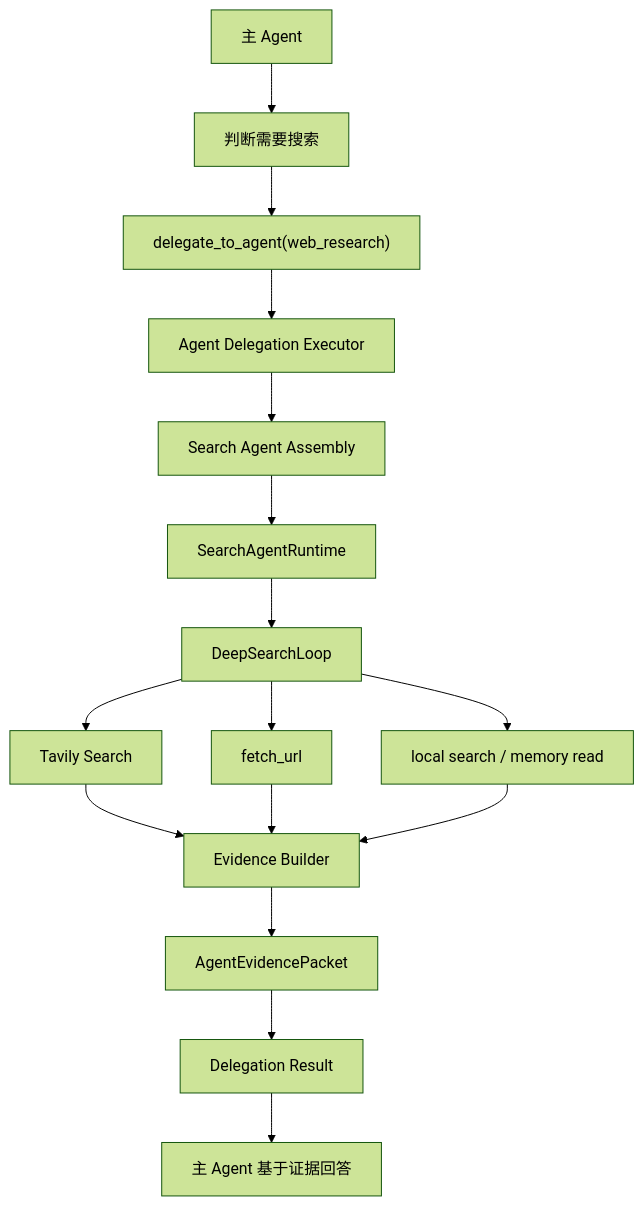
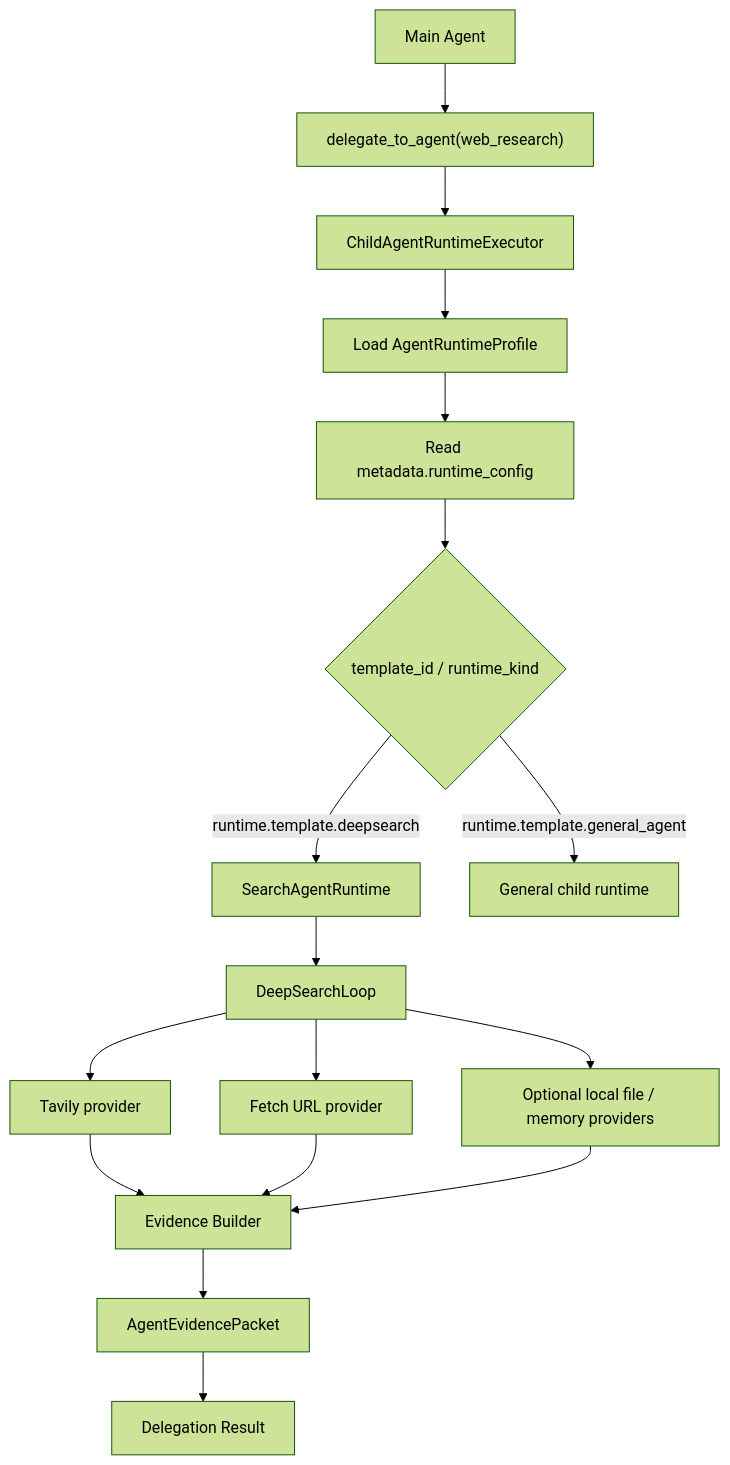
One commit to wei-boundless/Mythical-Age changed the diagram in docs/implementation_plans/search_agent_assembly_deepsearch_design_20260524.md. Above: the diagram before and after it, drawn with Mermaid (forest theme). The commit also changed other lines of this file and 36 other files, not shown here.

````diff
--- a/docs/implementation_plans/search_agent_assembly_deepsearch_design_20260524.md
+++ b/docs/implementation_plans/search_agent_assembly_deepsearch_design_20260524.md
@@ -123,18 +207,19 @@
 ```mermaid
 flowchart TD
-    A["主 Agent"] --> B["判断需要搜索"]
-    B --> C["delegate_to_agent(web_research)"]
-    C --> D["Agent Delegation Executor"]
-    D --> E["Search Agent Assembly"]
-    E --> F["SearchAgentRuntime"]
-    F --> G["DeepSearchLoop"]
-    G --> H["Tavily Search"]
-    G --> I["fetch_url"]
-    G --> J["local search / memory read"]
-    H --> K["Evidence Builder"]
-    I --> K
-    J --> K
-    K --> L["AgentEvidencePacket"]
-    L --> M["Delegation Result"]
-    M --> N["主 Agent 基于证据回答"]
+    A["Main Agent"] --> B["delegate_to_agent(web_research)"]
+    B --> C["ChildAgentRuntimeExecutor"]
+    C --> D["Load AgentRuntimeProfile"]
+    D --> E["Read metadata.runtime_config"]
+    E --> F{"template_id / runtime_kind"}
+    F -->|runtime.template.deepsearch| G["SearchAgentRuntime"]
+    F -->|runtime.template.general_agent| H["General child runtime"]
+    G --> I["DeepSearchLoop"]
+    I --> J["Tavily provider"]
+    I --> K["Fetch URL provider"]
+    I --> L["Optional local file / memory providers"]
+    J --> M["Evidence Builder"]
+    K --> M
+    L --> M
+    M --> N["AgentEvidencePacket"]
+    N --> O["Delegation Result"]
 ```
````
